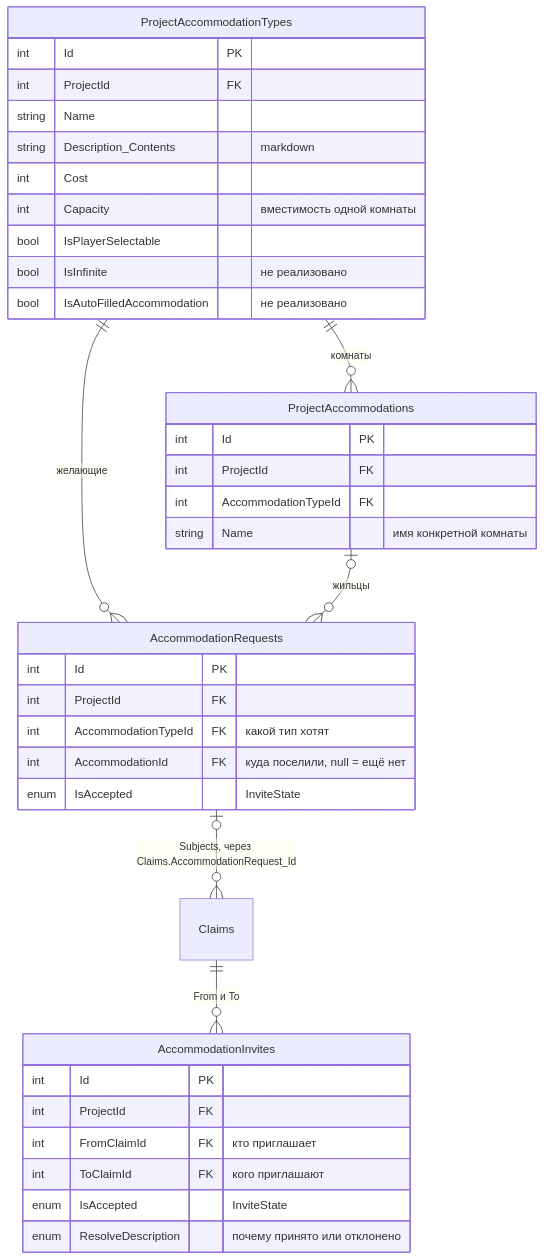
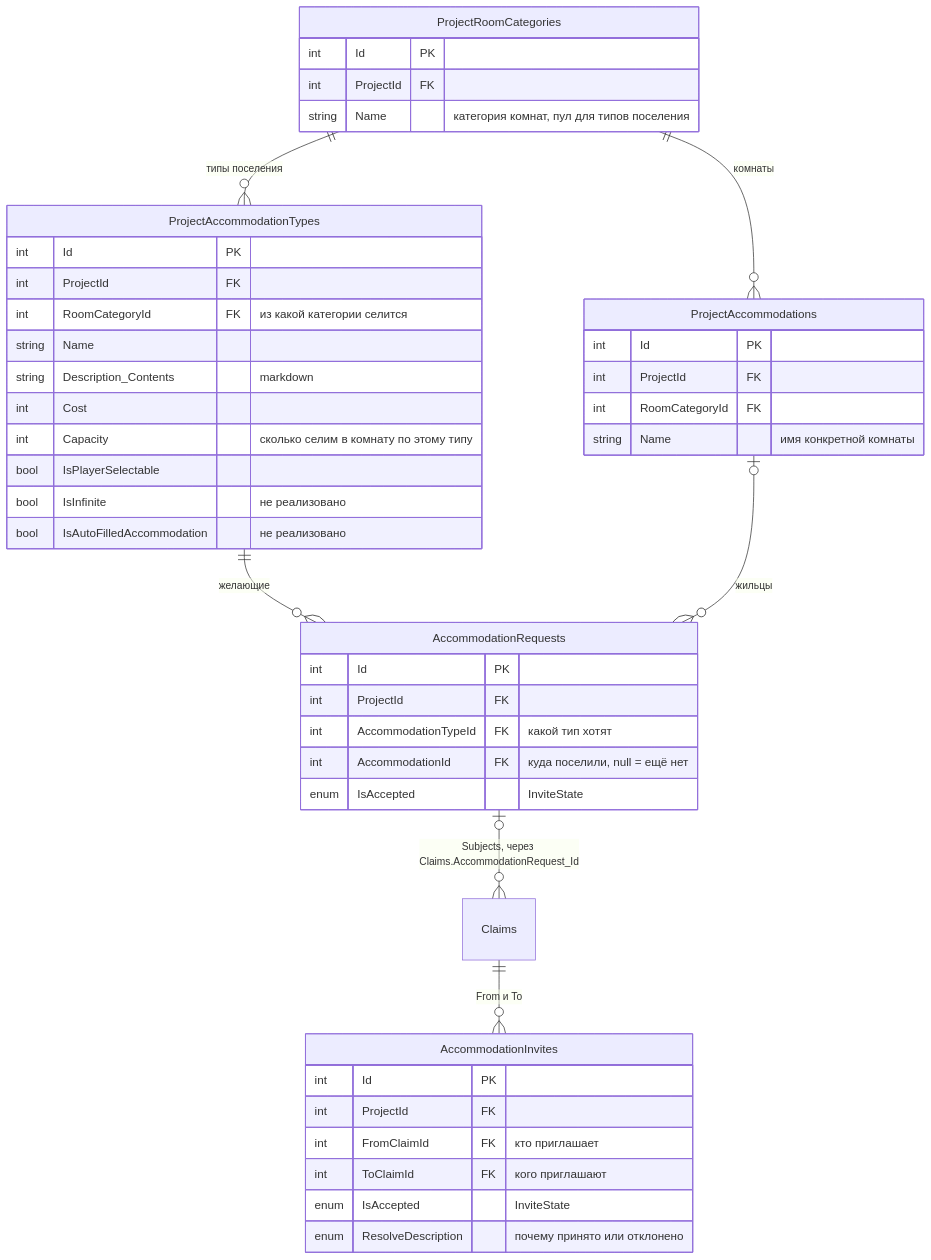
One commit to joinrpg/joinrpg-net changed the eighth of 11 diagrams in docs/db-schema.md. Above: the diagram before and after it, drawn with Mermaid. The commit also changed other lines of this file and 42 other files, not shown here.

First line of the commit message:
feat: категория комнат — своя таблица, тип ссылается на неё (ADR020, PR 2) (#5353)

````diff
--- a/docs/db-schema.md
+++ b/docs/db-schema.md
@@ -646,44 +648,52 @@
 ```mermaid
 erDiagram
+    ProjectRoomCategories {
+        int Id PK
+        int ProjectId FK
+        string Name "категория комнат, пул для типов поселения"
+    }
+
     ProjectAccommodationTypes {
         int Id PK
         int ProjectId FK
+        int RoomCategoryId FK "из какой категории селится"
         string Name
         string Description_Contents "markdown"
         int Cost
-        int Capacity "вместимость одной комнаты"
+        int Capacity "сколько селим в комнату по этому типу"
         bool IsPlayerSelectable
         bool IsInfinite "не реализовано"
         bool IsAutoFilledAccommodation "не реализовано"
     }
 
     ProjectAccommodations {
         int Id PK
         int ProjectId FK
-        int AccommodationTypeId FK
+        int RoomCategoryId FK
         string Name "имя конкретной комнаты"
     }
 
     AccommodationRequests {
         int Id PK
         int ProjectId FK
         int AccommodationTypeId FK "какой тип хотят"
         int AccommodationId FK "куда поселили, null = ещё нет"
         enum IsAccepted "InviteState"
     }
 
     AccommodationInvites {
         int Id PK
         int ProjectId FK
         int FromClaimId FK "кто приглашает"
         int ToClaimId FK "кого приглашают"
         enum IsAccepted "InviteState"
         enum ResolveDescription "почему принято или отклонено"
     }
 
-    ProjectAccommodationTypes ||--o{ ProjectAccommodations : "комнаты"
+    ProjectRoomCategories ||--o{ ProjectAccommodationTypes : "типы поселения"
+    ProjectRoomCategories ||--o{ ProjectAccommodations : "комнаты"
     ProjectAccommodationTypes ||--o{ AccommodationRequests : "желающие"
     ProjectAccommodations |o--o{ AccommodationRequests : "жильцы"
     AccommodationRequests |o--o{ Claims : "Subjects, через Claims.AccommodationRequest_Id"
     Claims ||--o{ AccommodationInvites : "From и To"
 ```
````
